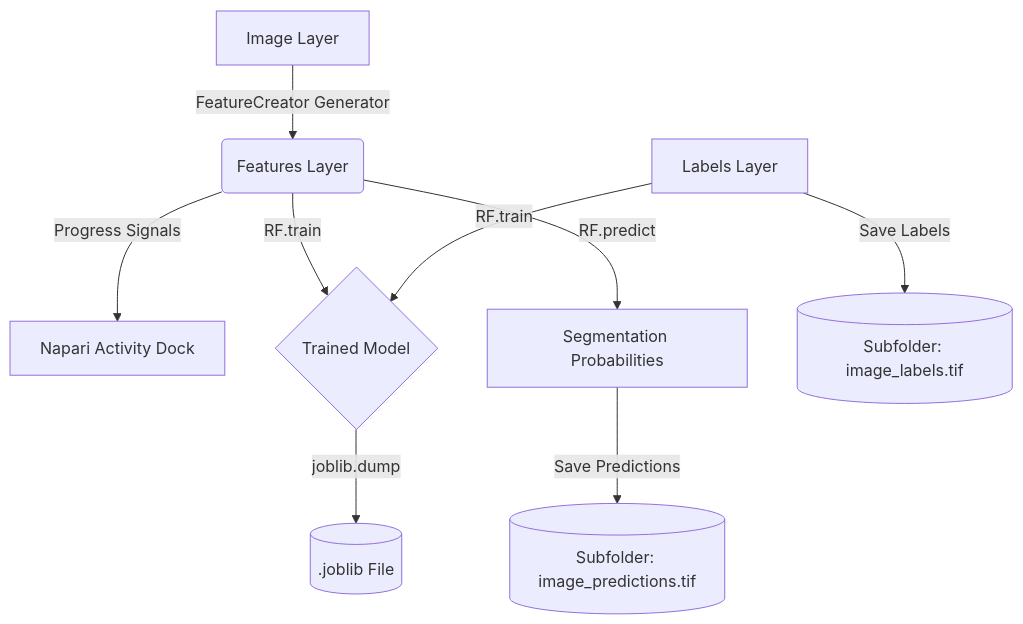
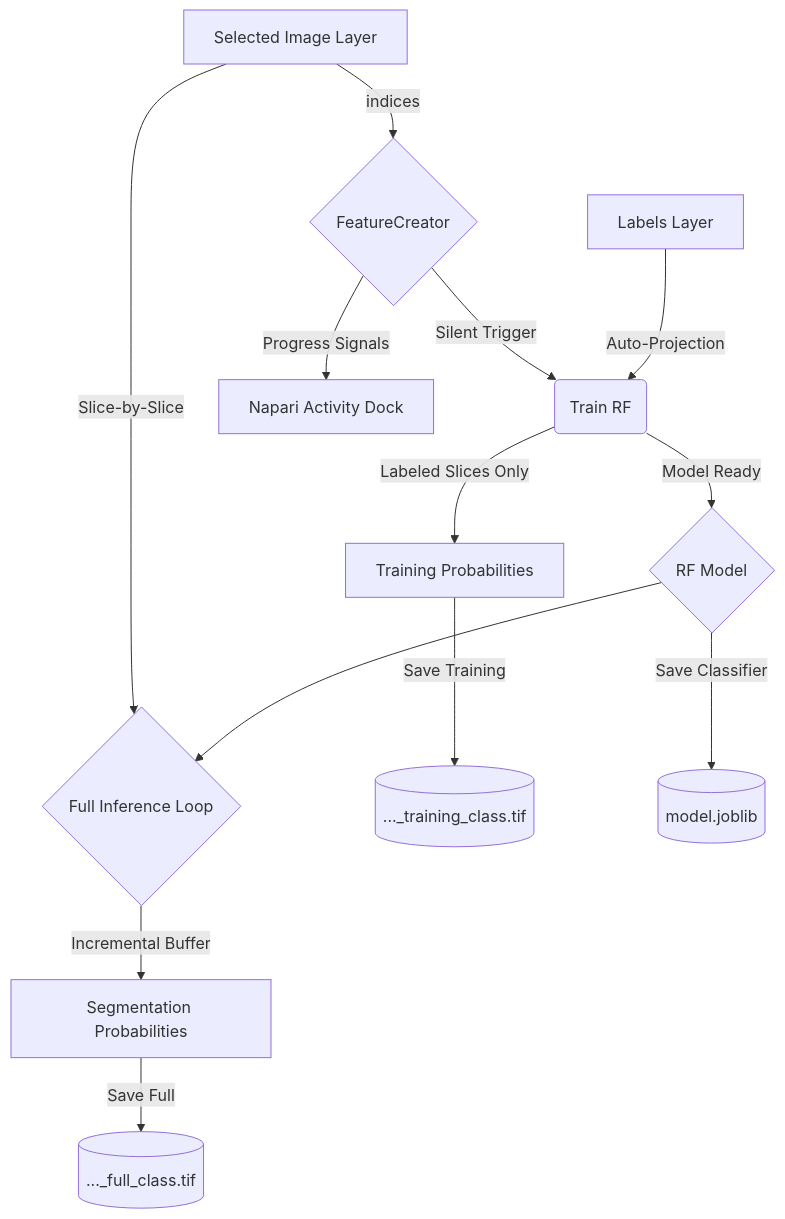
Before and after one commit to chuyaowang/napari-rf: the diagram in docs/wiki/Architecture.md, drawn with Mermaid. The commit also changed other lines of this file and 2 other files, not shown here.

````diff
--- a/docs/wiki/Architecture.md
+++ b/docs/wiki/Architecture.md
@@ -36,11 +30,19 @@
 ```mermaid
 graph TD
-    A[Image Layer] -->|FeatureCreator Generator| B(Features Layer)
+    A[Selected Image Layer] -->|indices| B{FeatureCreator}
+    B -->|Silent Trigger| C(Train RF)
     B -->|Progress Signals| G[Napari Activity Dock]
-    B -->|RF.train| D{Trained Model}
-    C[Labels Layer] -->|RF.train| D
-    B -->|RF.predict| E[Segmentation Probabilities]
-    D -->|joblib.dump| F[(.joblib File)]
-    C -->|Save Labels| H[(Subfolder: image_labels.tif)]
-    E -->|Save Predictions| I[(Subfolder: image_predictions.tif)]
+    
+    L[Labels Layer] -->|Auto-Projection| C
+    C -->|Labeled Slices Only| TP[Training Probabilities]
+    
+    C -->|Model Ready| D{RF Model}
+    
+    A -->|Slice-by-Slice| E{Full Inference Loop}
+    D --> E
+    E -->|Incremental Buffer| SP[Segmentation Probabilities]
+    
+    TP -->|Save Training| H[(..._training_class.tif)]
+    SP -->|Save Full| I[(..._full_class.tif)]
+    D -->|Save Classifier| J[(model.joblib)]
 ```
````
